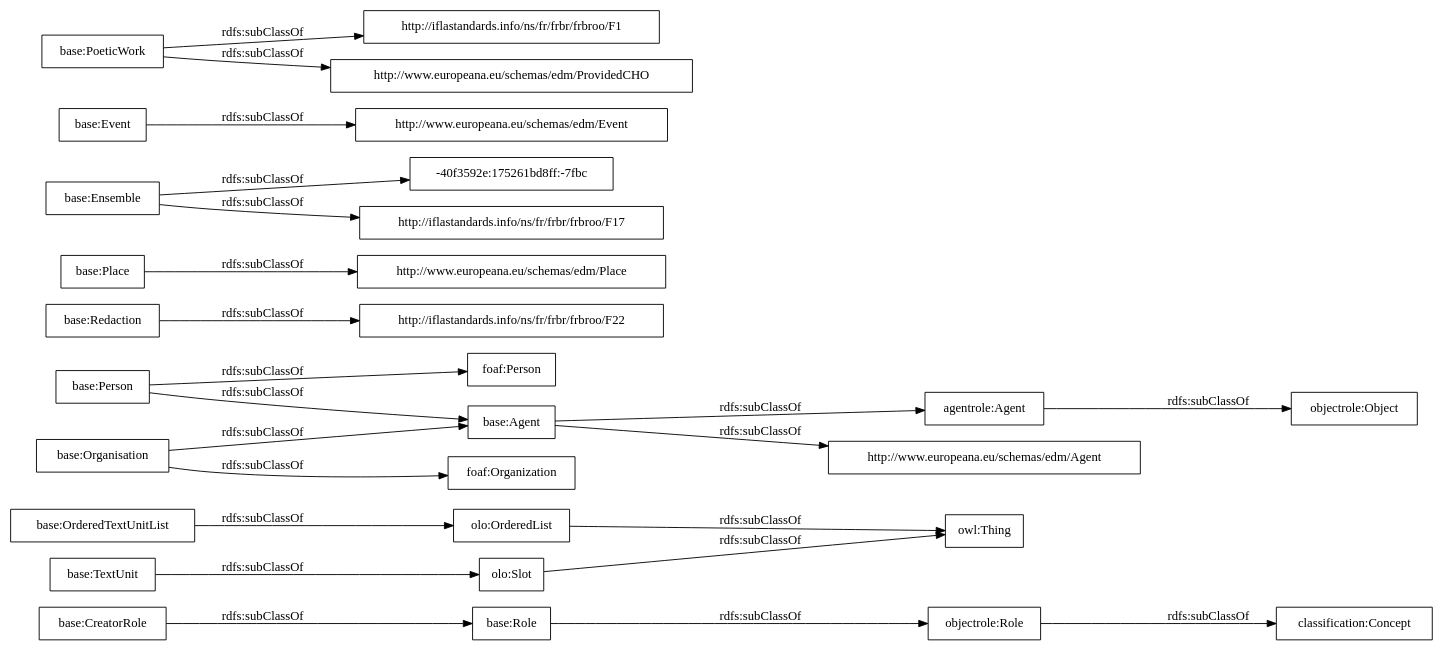
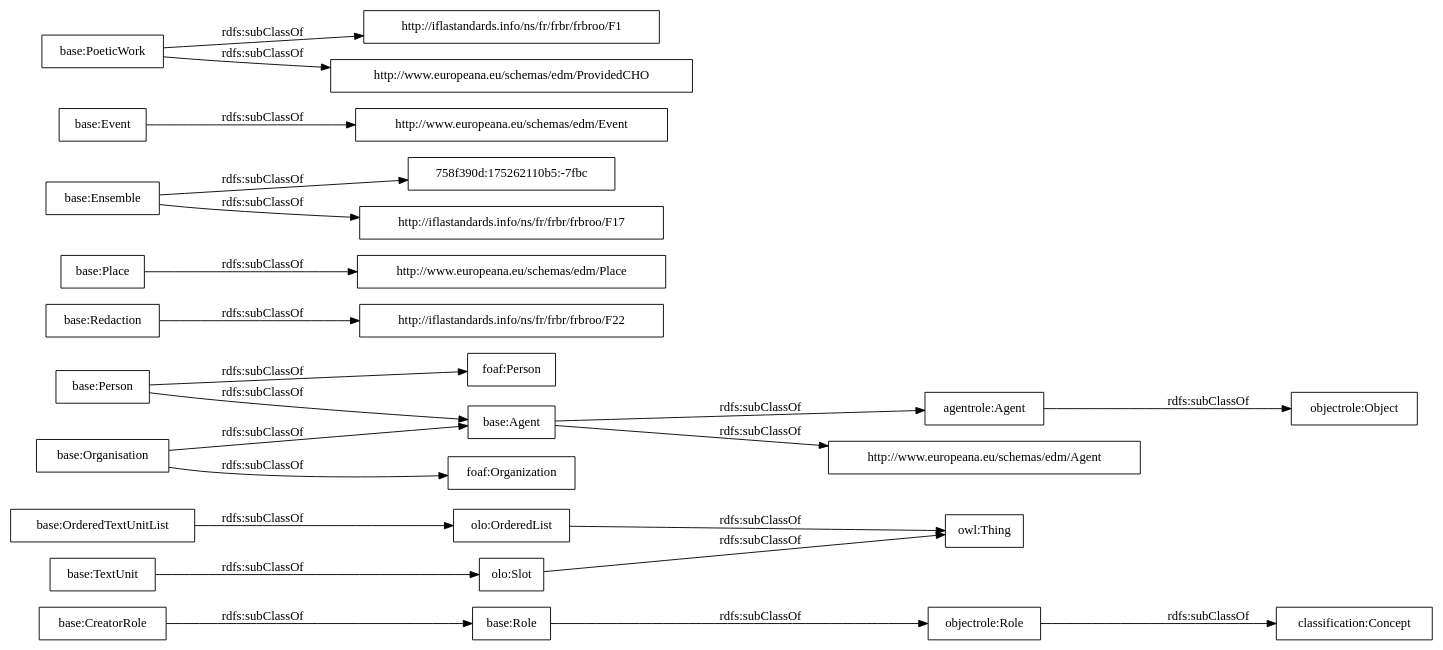
The diagram in OnToology/postdata-core.owl/diagrams/ar2dtool-taxonomy/postdata-core.owl.png.dot (OnToologyUser/core-ontology-1), drawn with Graphviz before and after one commit. The commit also changed 14 other files, not shown here.

```diff
--- a/OnToology/postdata-core.owl/diagrams/ar2dtool-taxonomy/postdata-core.owl.png.dot
+++ b/OnToology/postdata-core.owl/diagrams/ar2dtool-taxonomy/postdata-core.owl.png.dot
@@ -1,27 +1,27 @@
 digraph ar2dtool_diagram { 
 rankdir=LR;
 size="1000"
-node [shape = rectangle, color="black"]; "base:Role" "base:OrderedTextUnitList" "agentrole:Agent" "http://iflastandards.info/ns/fr/frbr/frbroo/F22" "http://www.europeana.eu/schemas/edm/Agent" "base:Agent" "base:CreatorRole" "base:Person" "base:Organisation" "http://www.europeana.eu/schemas/edm/Place" "base:Redaction" "base:Ensemble" "foaf:Person" "http://www.europeana.eu/schemas/edm/Event" "base:TextUnit" "http://iflastandards.info/ns/fr/frbr/frbroo/F1" "foaf:Organization" "http://www.europeana.eu/schemas/edm/ProvidedCHO" "base:Place" "base:Event" "-40f3592e:175261bd8ff:-7fbc" "base:PoeticWork" "http://iflastandards.info/ns/fr/frbr/frbroo/F17" "owl:Thing" "objectrole:Role" "objectrole:Object" "olo:Slot" "olo:OrderedList" "classification:Concept" ; /*classes style*/
+node [shape = rectangle, color="black"]; "base:Role" "base:OrderedTextUnitList" "agentrole:Agent" "http://iflastandards.info/ns/fr/frbr/frbroo/F22" "http://www.europeana.eu/schemas/edm/Agent" "base:Agent" "base:CreatorRole" "base:Person" "base:Organisation" "http://www.europeana.eu/schemas/edm/Place" "base:Redaction" "base:Ensemble" "foaf:Person" "http://www.europeana.eu/schemas/edm/Event" "base:TextUnit" "http://iflastandards.info/ns/fr/frbr/frbroo/F1" "foaf:Organization" "http://www.europeana.eu/schemas/edm/ProvidedCHO" "base:Place" "base:Event" "758f390d:175262110b5:-7fbc" "base:PoeticWork" "http://iflastandards.info/ns/fr/frbr/frbroo/F17" "owl:Thing" "objectrole:Role" "objectrole:Object" "olo:Slot" "olo:OrderedList" "classification:Concept" ; /*classes style*/
 	"base:Redaction" -> "http://iflastandards.info/ns/fr/frbr/frbroo/F22" [ label = "rdfs:subClassOf" ];
 	"base:Role" -> "objectrole:Role" [ label = "rdfs:subClassOf" ];
 	"base:Event" -> "http://www.europeana.eu/schemas/edm/Event" [ label = "rdfs:subClassOf" ];
 	"base:Person" -> "foaf:Person" [ label = "rdfs:subClassOf" ];
 	"base:Person" -> "base:Agent" [ label = "rdfs:subClassOf" ];
 	"olo:OrderedList" -> "owl:Thing" [ label = "rdfs:subClassOf" ];
 	"olo:Slot" -> "owl:Thing" [ label = "rdfs:subClassOf" ];
 	"base:PoeticWork" -> "http://www.europeana.eu/schemas/edm/ProvidedCHO" [ label = "rdfs:subClassOf" ];
 	"base:PoeticWork" -> "http://iflastandards.info/ns/fr/frbr/frbroo/F1" [ label = "rdfs:subClassOf" ];
 	"base:TextUnit" -> "olo:Slot" [ label = "rdfs:subClassOf" ];
 	"agentrole:Agent" -> "objectrole:Object" [ label = "rdfs:subClassOf" ];
-	"base:Ensemble" -> "-40f3592e:175261bd8ff:-7fbc" [ label = "rdfs:subClassOf" ];
+	"base:Ensemble" -> "758f390d:175262110b5:-7fbc" [ label = "rdfs:subClassOf" ];
 	"base:Ensemble" -> "http://iflastandards.info/ns/fr/frbr/frbroo/F17" [ label = "rdfs:subClassOf" ];
 	"base:OrderedTextUnitList" -> "olo:OrderedList" [ label = "rdfs:subClassOf" ];
 	"base:Agent" -> "agentrole:Agent" [ label = "rdfs:subClassOf" ];
 	"base:Agent" -> "http://www.europeana.eu/schemas/edm/Agent" [ label = "rdfs:subClassOf" ];
 	"objectrole:Role" -> "classification:Concept" [ label = "rdfs:subClassOf" ];
 	"base:Place" -> "http://www.europeana.eu/schemas/edm/Place" [ label = "rdfs:subClassOf" ];
 	"base:Organisation" -> "foaf:Organization" [ label = "rdfs:subClassOf" ];
 	"base:Organisation" -> "base:Agent" [ label = "rdfs:subClassOf" ];
 	"base:CreatorRole" -> "base:Role" [ label = "rdfs:subClassOf" ];
 
 }
```
